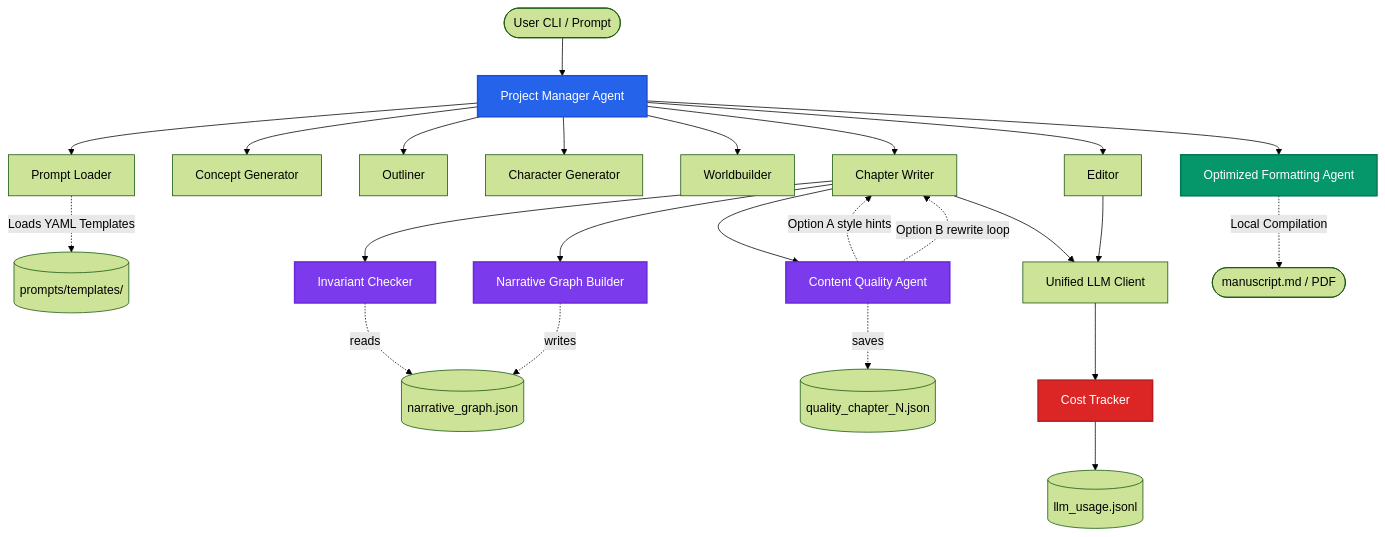
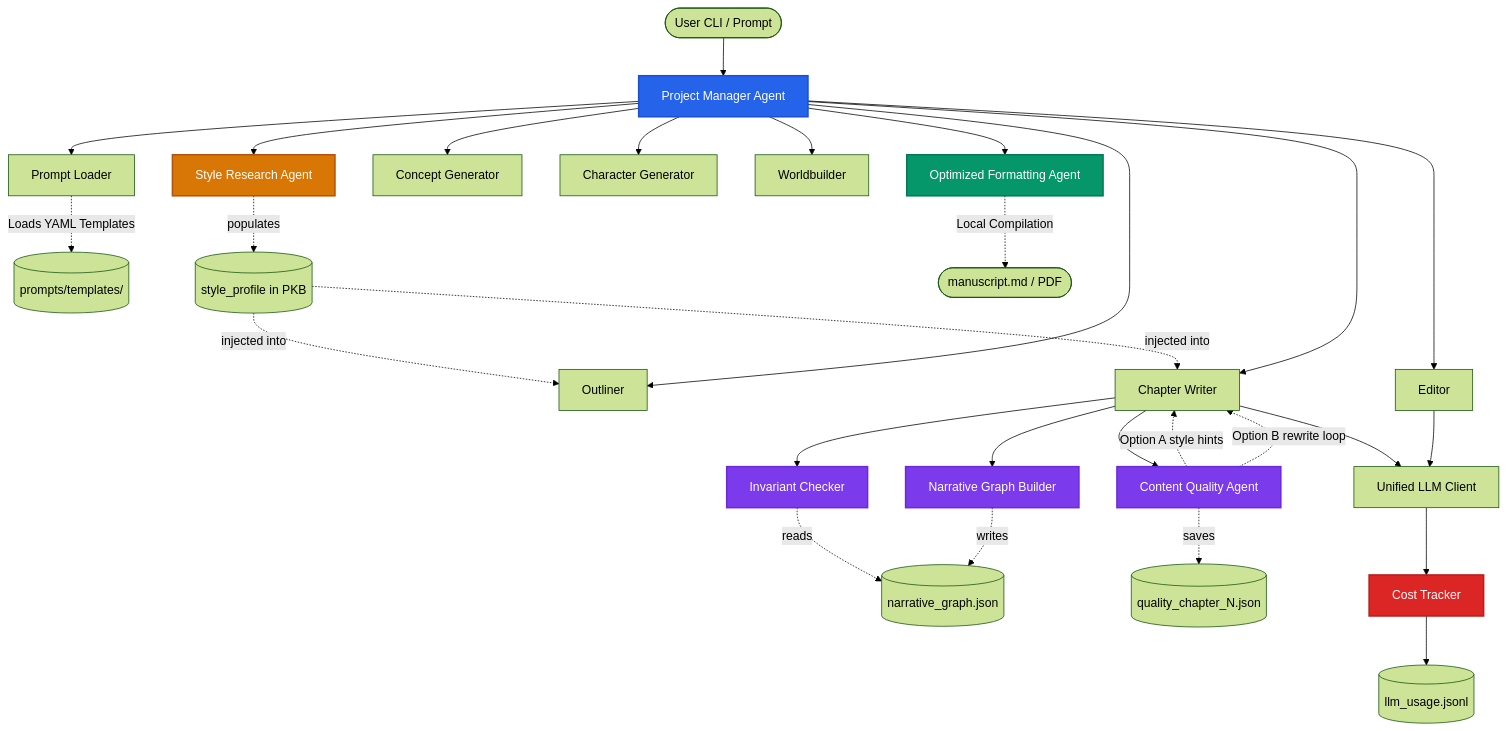
The diagram in README.md (guerra2fernando/libriscribe), drawn with Mermaid (forest theme) before and after one commit. The commit also changed other lines of this file and 9 other files, not shown here.

First line of the commit message:
feat: add StyleResearchAgent with pipeline integration and docs

````diff
--- a/README.md
+++ b/README.md
@@ -34,36 +34,42 @@
 ```mermaid
 graph TD
     User([User CLI / Prompt]) --> PM[Project Manager Agent]
     PM --> PL[Prompt Loader]
     PL -. Loads YAML Templates .-> Templates[(prompts/templates/)]
+
+    PM --> SR[Style Research Agent]
+    SR -. populates .-> SP[(style_profile in PKB)]
+    SP -. injected into .-> OL
+    SP -. injected into .-> CW
 
     PM --> CG[Concept Generator]
     PM --> OL[Outliner]
     PM --> CH[Character Generator]
     PM --> WB[Worldbuilder]
     PM --> CW[Chapter Writer]
     PM --> ED[Editor]
 
     CW --> IC[Invariant Checker]
     IC -. reads .-> NG[(narrative_graph.json)]
     CW --> NGB[Narrative Graph Builder]
     NGB -. writes .-> NG
     CW --> CQA[Content Quality Agent]
     CQA -. Option A style hints .-> CW
     CQA -. Option B rewrite loop .-> CW
     CQA -. saves .-> QR[(quality_chapter_N.json)]
 
     CW & ED --> LLM[Unified LLM Client]
     LLM --> CT[Cost Tracker]
     CT --> Log[(llm_usage.jsonl)]
 
     PM --> FA[Optimized Formatting Agent]
     FA -. Local Compilation .-> Manuscript([manuscript.md / PDF])
 
     style PM fill:#2563EB,stroke:#1D4ED8,color:#FFFFFF,stroke-width:2px
     style FA fill:#059669,stroke:#047857,color:#FFFFFF,stroke-width:2px
     style CT fill:#DC2626,stroke:#B91C1C,color:#FFFFFF,stroke-width:2px
     style IC fill:#7C3AED,stroke:#6D28D9,color:#FFFFFF,stroke-width:2px
     style NGB fill:#7C3AED,stroke:#6D28D9,color:#FFFFFF,stroke-width:2px
     style CQA fill:#7C3AED,stroke:#6D28D9,color:#FFFFFF,stroke-width:2px
+    style SR fill:#D97706,stroke:#B45309,color:#FFFFFF,stroke-width:2px
 ```
````
